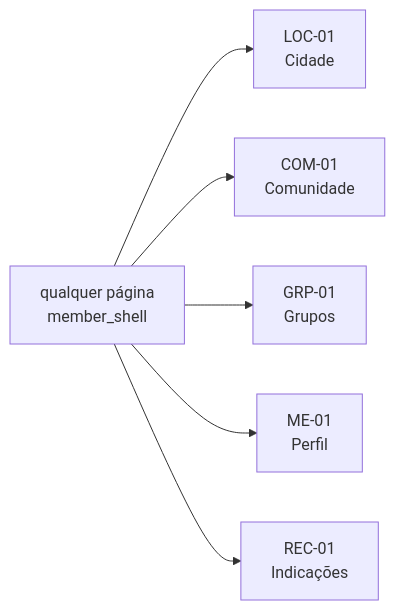
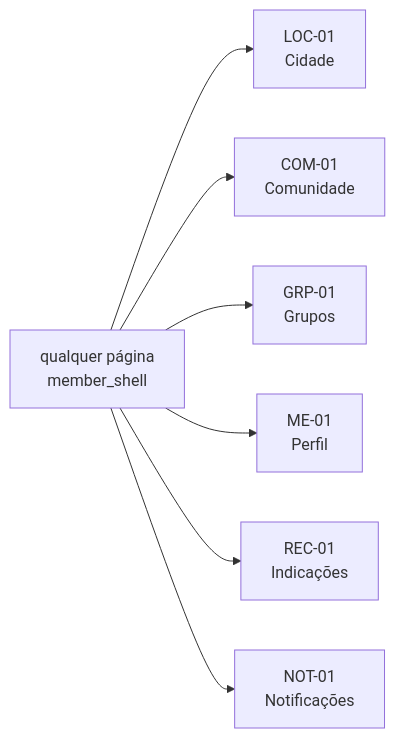
Before and after one commit to Juanjfmr/bivaque-community: the second of 6 diagrams in docs/product-map/FLOW_MAP.md, drawn with Mermaid. The commit also changed other lines of this file and 6 other files, not shown here.

Commit message:
test: enforce product page navigation graph

````diff
--- a/docs/product-map/FLOW_MAP.md
+++ b/docs/product-map/FLOW_MAP.md
@@ -29,8 +29,9 @@
 ```mermaid
 flowchart LR
   ANY["qualquer página<br/>member_shell"] --> LOC01["LOC-01<br/>Cidade"]
   ANY --> COM01["COM-01<br/>Comunidade"]
   ANY --> GRP01["GRP-01<br/>Grupos"]
   ANY --> ME01["ME-01<br/>Perfil"]
   ANY --> REC01["REC-01<br/>Indicações"]
+  ANY --> NOT01["NOT-01<br/>Notificações"]
 ```
````
